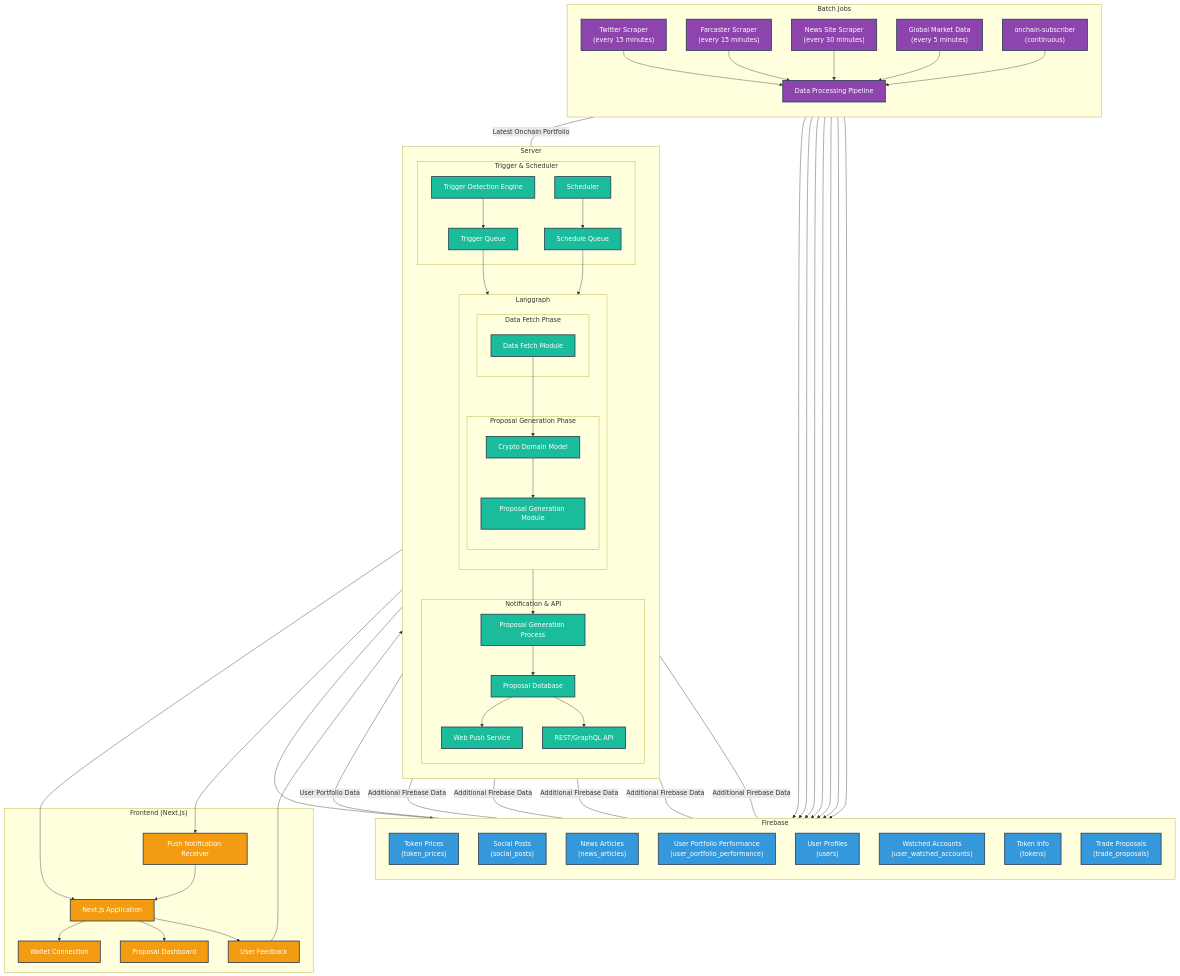
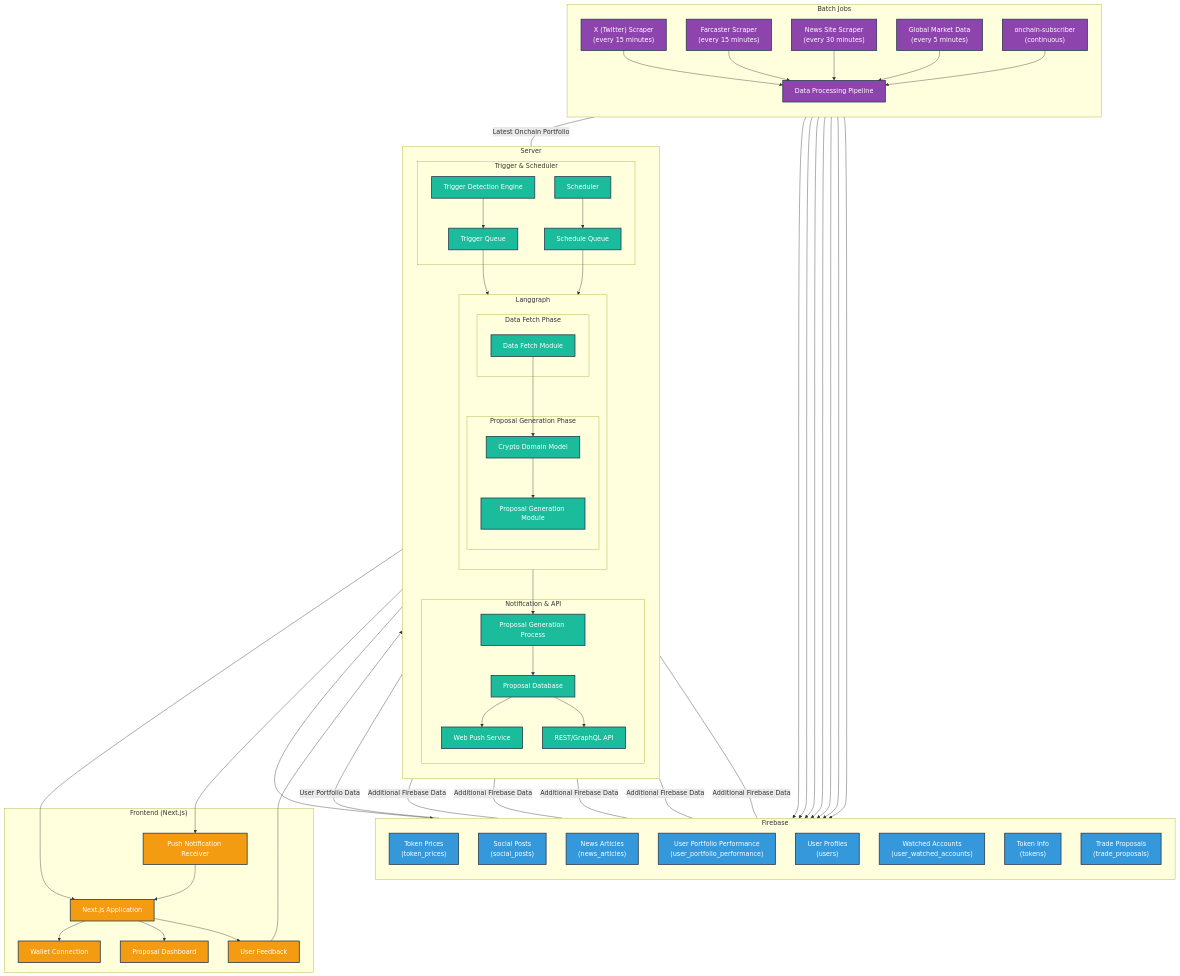
The diagram in README.md (DaikoAI/daiko-ai-mvp-monorepo), drawn with Mermaid before and after one commit. The commit also changed other lines of this file and 14 other files, not shown here.

```diff
--- a/README.md
+++ b/README.md
@@ -71,7 +97,7 @@
     %% Batch Jobs Group
     subgraph "Batch Jobs"
         direction TB
-        TS["Twitter Scraper<br>(every 15 minutes)"]
+        TS["X (Twitter) Scraper<br>(every 15 minutes)"]
         FS["Farcaster Scraper<br>(every 15 minutes)"]
         NS["News Site Scraper<br>(every 30 minutes)"]
         GM["Global Market Data<br>(every 5 minutes)"]
```
